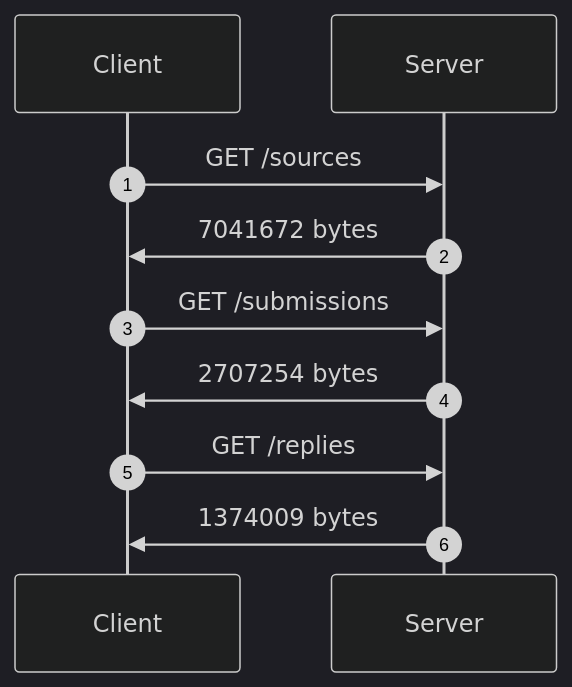
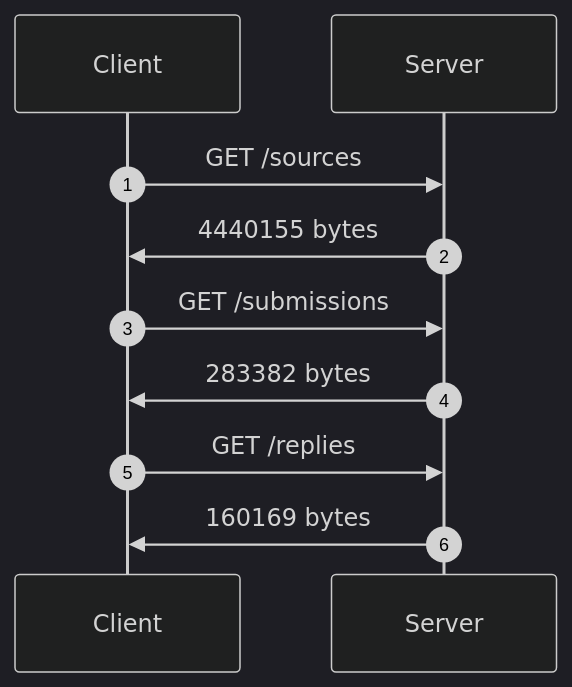
Before and after one commit to bitmeta69/securedrop: the first of 4 diagrams in PROPOSAL.md, drawn with Mermaid (dark theme). The commit also changed other lines of this file, not shown here.

````diff
--- a/PROPOSAL.md
+++ b/PROPOSAL.md
@@ -43,16 +45,16 @@
 ```mermaid
 sequenceDiagram
 autonumber
 
 participant Client
 participant Server
 
 Client ->> Server: GET /sources
-Server ->> Client: 7041672 bytes
+Server ->> Client: 4440155 bytes
 
 Client ->> Server: GET /submissions
-Server ->> Client: 2707254 bytes
+Server ->> Client: 283382 bytes
 
 Client ->> Server: GET /replies
-Server ->> Client: 1374009 bytes
+Server ->> Client: 160169 bytes
 ```
````
